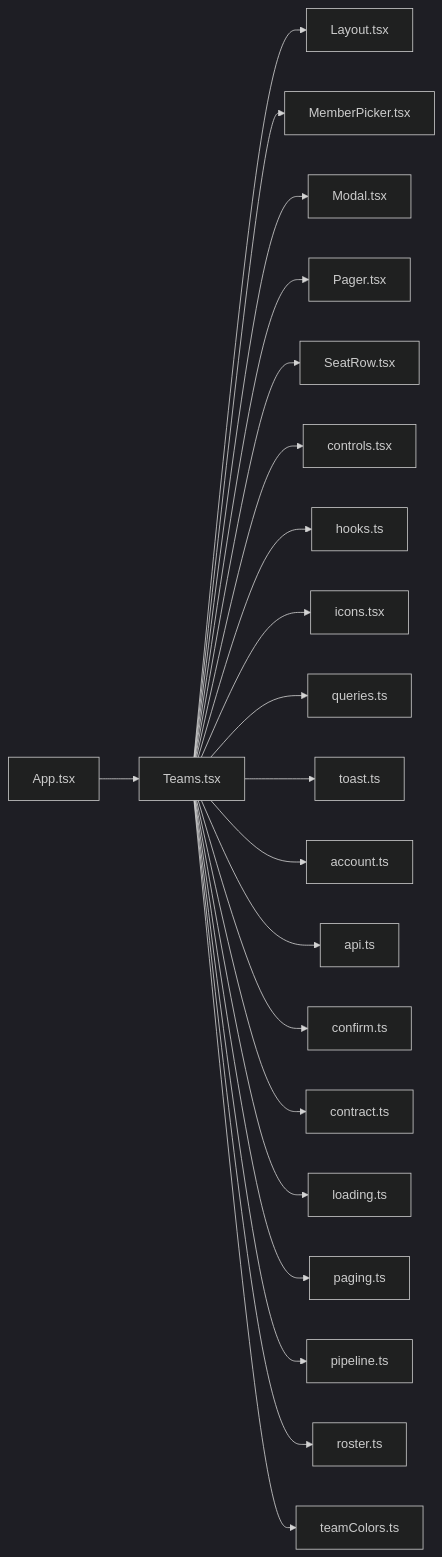
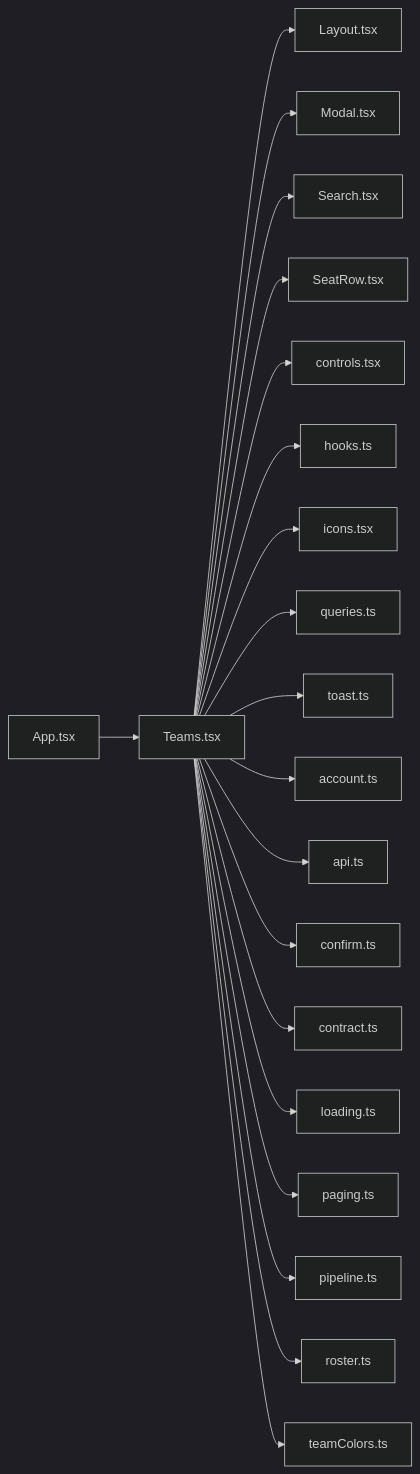
One commit to minkong-dev/Banblit changed the diagram in .cluedoc/graph/frontend/src/routes/Teams.md. Above: the diagram before and after it, drawn with Mermaid (dark theme). The commit also changed other lines of this file and 78 other files, not shown here.

Commit message:
frontend: merge single-function files into Board, Profile, Search, controls, loading and pipeline

````diff
--- a/.cluedoc/graph/frontend/src/routes/Teams.md
+++ b/.cluedoc/graph/frontend/src/routes/Teams.md
@@ -10,24 +10,23 @@
 ```mermaid
 flowchart LR
   frontend_src_routes_Teams["Teams.tsx"]
   frontend_src_routes_Teams --> frontend_src_components_Layout["Layout.tsx"]
-  frontend_src_routes_Teams --> frontend_src_components_MemberPicker["MemberPicker.tsx"]
   frontend_src_routes_Teams --> frontend_src_components_Modal["Modal.tsx"]
-  frontend_src_routes_Teams --> frontend_src_components_Pager["Pager.tsx"]
+  frontend_src_routes_Teams --> frontend_src_components_Search["Search.tsx"]
   frontend_src_routes_Teams --> frontend_src_components_SeatRow["SeatRow.tsx"]
   frontend_src_routes_Teams --> frontend_src_components_controls["controls.tsx"]
   frontend_src_routes_Teams --> frontend_src_components_hooks["hooks.ts"]
   frontend_src_routes_Teams --> frontend_src_components_icons["icons.tsx"]
   frontend_src_routes_Teams --> frontend_src_components_queries["queries.ts"]
   frontend_src_routes_Teams --> frontend_src_components_toast["toast.ts"]
   frontend_src_routes_Teams --> frontend_src_lib_account["account.ts"]
   frontend_src_routes_Teams --> frontend_src_lib_api["api.ts"]
   frontend_src_routes_Teams --> frontend_src_lib_confirm["confirm.ts"]
   frontend_src_routes_Teams --> frontend_src_lib_contract["contract.ts"]
   frontend_src_routes_Teams --> frontend_src_lib_loading["loading.ts"]
   frontend_src_routes_Teams --> frontend_src_lib_paging["paging.ts"]
   frontend_src_routes_Teams --> frontend_src_lib_pipeline["pipeline.ts"]
   frontend_src_routes_Teams --> frontend_src_lib_roster["roster.ts"]
   frontend_src_routes_Teams --> frontend_src_lib_teamColors["teamColors.ts"]
   frontend_src_App["App.tsx"] --> frontend_src_routes_Teams
 ```
````
